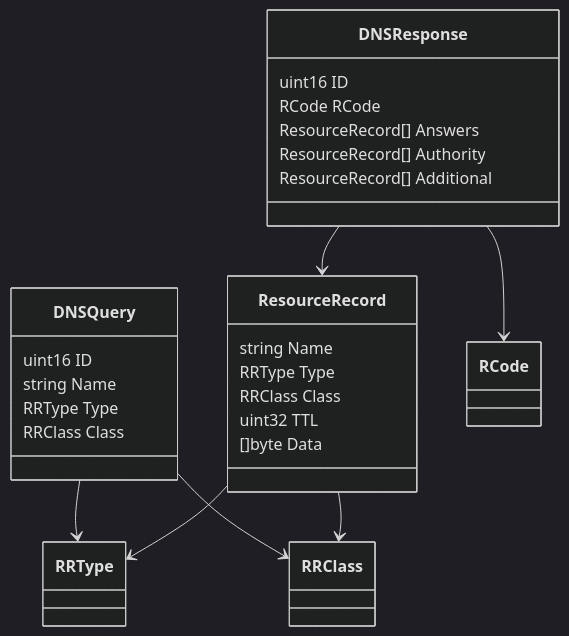
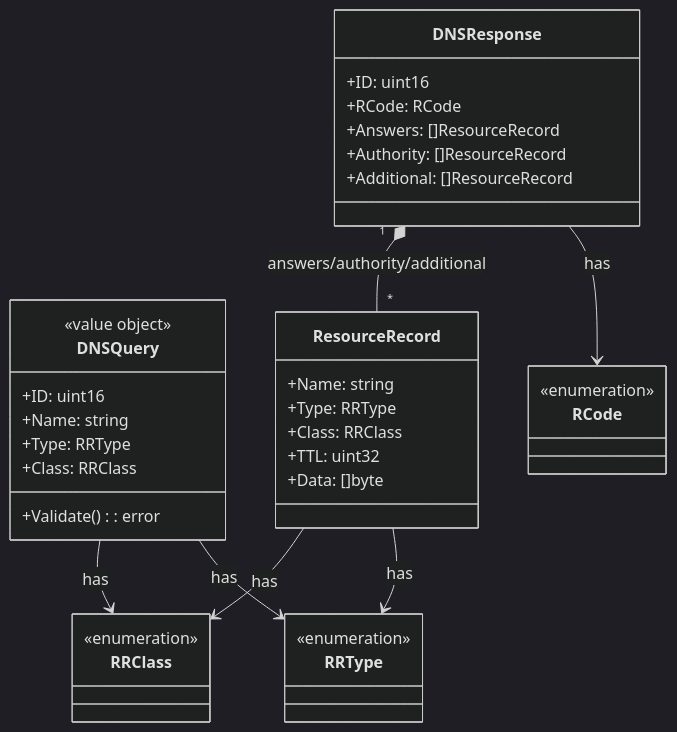
The first of 2 diagrams in internal/dns/domain/domain.md (haukened/rr-dns), drawn with Mermaid (dark theme) before and after one commit. The commit also changed other lines of this file, not shown here.

````diff
--- a/internal/dns/domain/domain.md
+++ b/internal/dns/domain/domain.md
@@ -200,32 +261,44 @@
 ```mermaid
 classDiagram
     class DNSQuery {
-        uint16 ID
-        string Name
-        RRType Type
-        RRClass Class
+        <<value object>>
+        +ID: uint16
+        +Name: string
+        +Type: RRType
+        +Class: RRClass
+        +Validate(): error
     }
 
     class DNSResponse {
-        uint16 ID
-        RCode RCode
-        ResourceRecord[] Answers
-        ResourceRecord[] Authority
-        ResourceRecord[] Additional
+        +ID: uint16
+        +RCode: RCode
+        +Answers: []ResourceRecord
+        +Authority: []ResourceRecord
+        +Additional: []ResourceRecord
     }
 
     class ResourceRecord {
-        string Name
-        RRType Type
-        RRClass Class
-        uint32 TTL
-        []byte Data
+        +Name: string
+        +Type: RRType
+        +Class: RRClass
+        +TTL: uint32
+        +Data: []byte
     }
 
-    DNSQuery --> RRType
-    DNSQuery --> RRClass
-    DNSResponse --> RCode
-    DNSResponse --> ResourceRecord
-    ResourceRecord --> RRType
-    ResourceRecord --> RRClass
+    class RRType {
+      <<enumeration>>
+    }
+    class RRClass {
+      <<enumeration>>
+    }
+    class RCode {
+      <<enumeration>>
+    }
+
+    DNSResponse "1" *-- "*" ResourceRecord : answers/authority/additional
+    DNSQuery --> RRClass : has
+    ResourceRecord --> RRClass : has
+    ResourceRecord --> RRType : has
+    DNSQuery --> RRType : has
+    DNSResponse --> RCode : has
 ```
````
